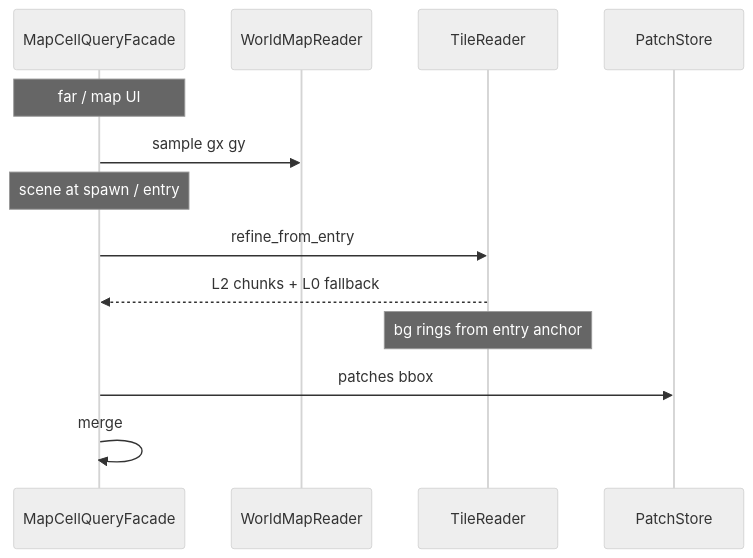
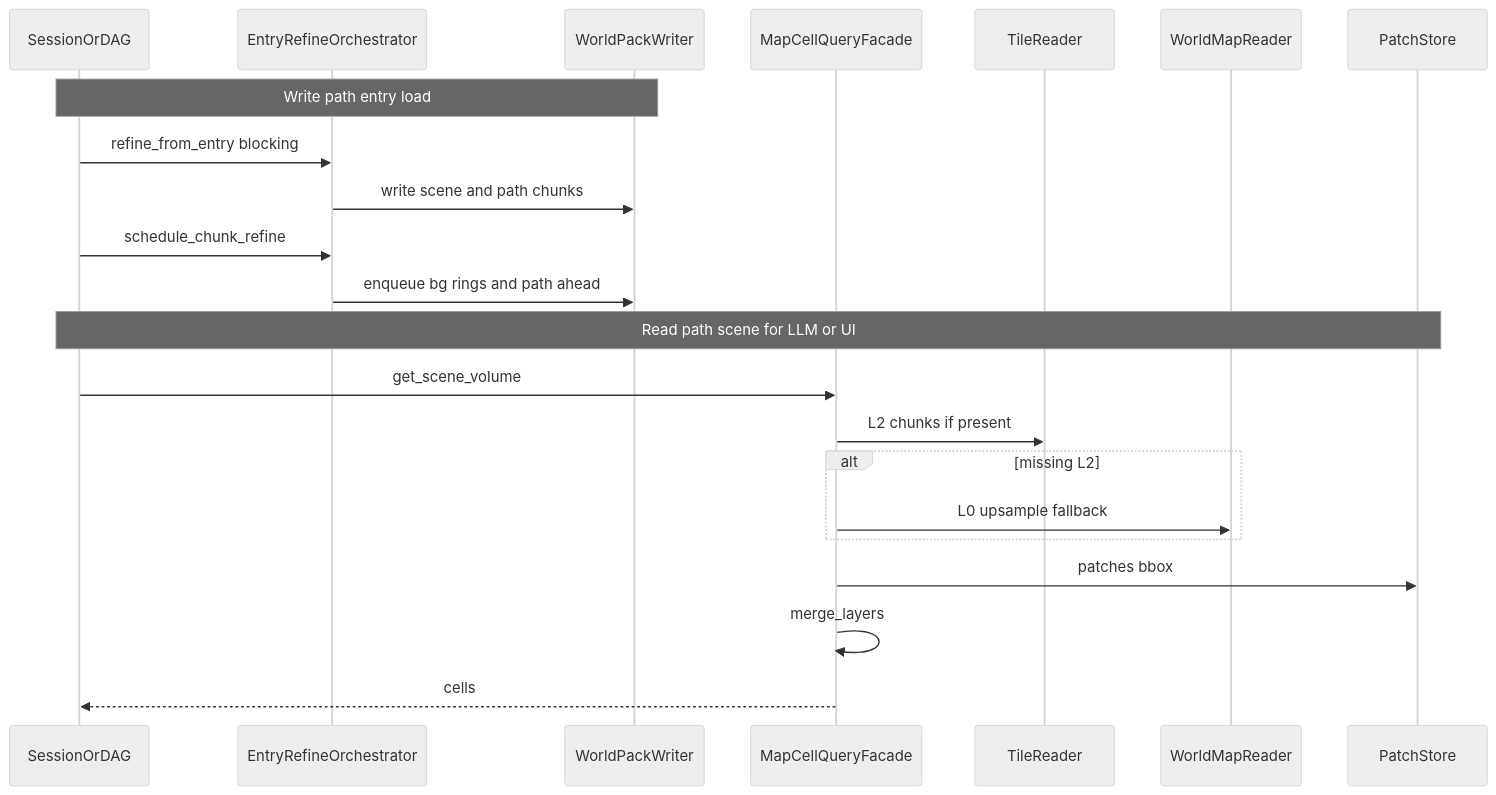
One commit to AndrewBondaren/AI-Project changed the tenth of 13 diagrams in docs/tz_world_pack_storage.md. Above: the diagram before and after it, drawn with Mermaid (neutral theme). The commit also changed other lines of this file and 3 other files, not shown here.

````diff
--- a/docs/tz_world_pack_storage.md
+++ b/docs/tz_world_pack_storage.md
@@ -998,16 +1000,26 @@
 ```mermaid
 sequenceDiagram
+  participant Session as SessionOrDAG
+  participant Entry as EntryRefineOrchestrator
+  participant Pack as WorldPackWriter
   participant Q as MapCellQueryFacade
+  participant L2 as TileReader
   participant L0 as WorldMapReader
-  participant L2 as TileReader
   participant P as PatchStore
 
-  Note over Q: far / map UI
-  Q->>L0: sample gx gy
-  Note over Q: scene at spawn / entry
-  Q->>L2: refine_from_entry
-  L2-->>Q: L2 chunks + L0 fallback
-  Note over L2: bg rings from entry anchor
+  Note over Session,Pack: Write path entry load
+  Session->>Entry: refine_from_entry blocking
+  Entry->>Pack: write scene and path chunks
+  Session->>Entry: schedule_chunk_refine
+  Entry->>Pack: enqueue bg rings and path ahead
+
+  Note over Session,P: Read path scene for LLM or UI
+  Session->>Q: get_scene_volume
+  Q->>L2: L2 chunks if present
+  alt missing L2
+    Q->>L0: L0 upsample fallback
+  end
   Q->>P: patches bbox
-  Q->>Q: merge
+  Q->>Q: merge_layers
+  Q-->>Session: cells
 ```
````
